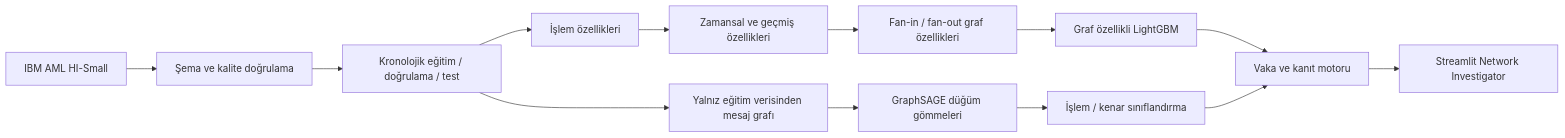
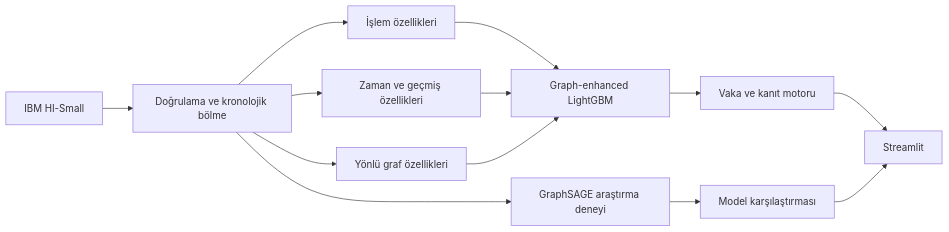
The diagram in README.md (edasaruhan/SIC_AI_17_Capstone_Group_3), drawn with Mermaid before and after one commit. The commit also changed other lines of this file and 37 other files, not shown here.

````diff
--- a/README.md
+++ b/README.md
@@ -87,15 +128,15 @@
 ```mermaid
 flowchart LR
-    A[IBM AML HI-Small] --> B[Şema ve kalite doğrulama]
-    B --> C[Kronolojik eğitim / doğrulama / test]
-    C --> D[İşlem özellikleri]
-    D --> E[Zamansal ve geçmiş özellikleri]
-    E --> F[Fan-in / fan-out graf özellikleri]
-    F --> G[Graf özellikli LightGBM]
-    C --> H[Yalnız eğitim verisinden mesaj grafı]
-    H --> I[GraphSAGE düğüm gömmeleri]
-    I --> J[İşlem / kenar sınıflandırma]
-    G --> K[Vaka ve kanıt motoru]
-    J --> K
-    K --> L[Streamlit Network Investigator]
+    A[IBM HI-Small] --> B[Doğrulama ve kronolojik bölme]
+    B --> C[İşlem özellikleri]
+    B --> D[Zaman ve geçmiş özellikleri]
+    B --> E[Yönlü graf özellikleri]
+    C --> F[Graph-enhanced LightGBM]
+    D --> F
+    E --> F
+    B --> G[GraphSAGE araştırma deneyi]
+    F --> H[Vaka ve kanıt motoru]
+    G --> I[Model karşılaştırması]
+    H --> J[Streamlit]
+    I --> J
 ```
````
